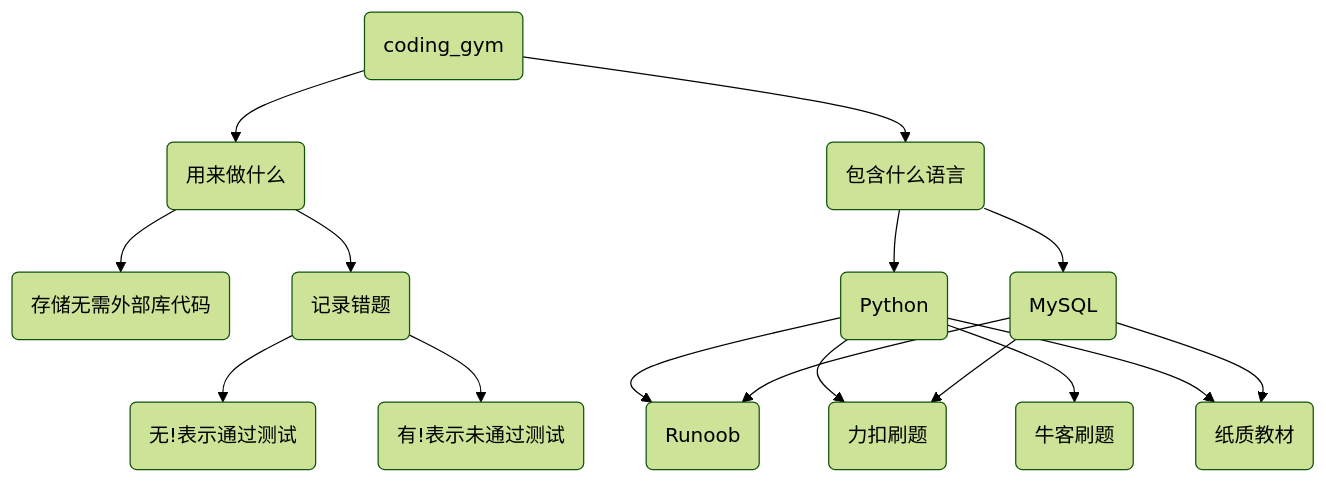
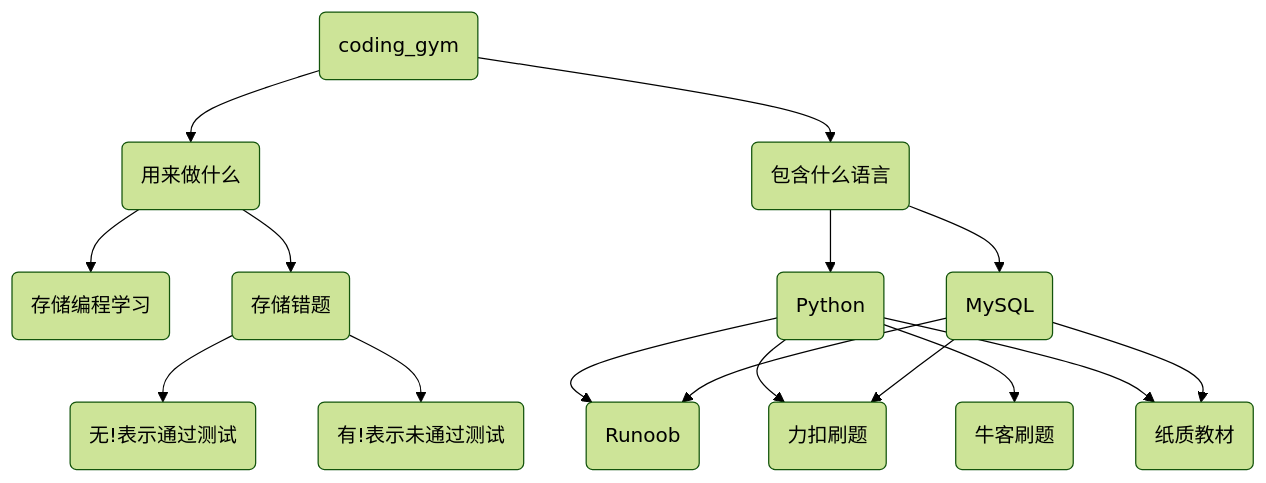
One commit to Moveable-Feast/coding_gym changed the diagram in README.md. Above: the diagram before and after it, drawn with Mermaid (forest theme).

````diff
--- a/README.md
+++ b/README.md
@@ -7,23 +7,23 @@
 ```mermaid
 graph TD
 rt(coding_gym) --> l1(用来做什么)
 rt(coding_gym) --> l2(包含什么语言)
 
-l1 --> l11(存储无需外部库代码)
-l1 --> l12(记录错题)
+l1 --> l11(存储编程学习)
+l1 --> l12(存储错题)
 
 l12 --> l121(无!表示通过测试)
 l12 --> l122(有!表示未通过测试)
 
 l2 --> l21(Python)
 l2 --> l22(MySQL)
 
 l21 --> l211(Runoob)
 l21 --> l212(力扣刷题)
 l21 --> l213(牛客刷题)
 l21 --> l214(纸质教材)
 
 l22 --> l211
 l22 --> l212
 l22 --> l214
 ```
````
